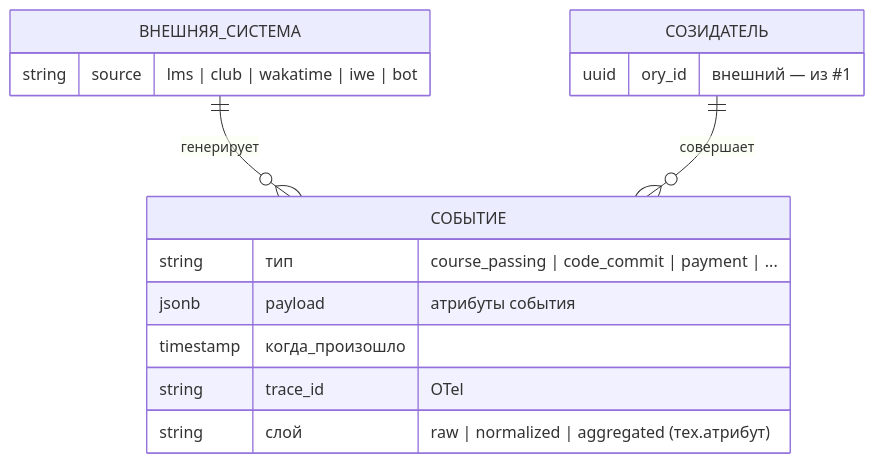
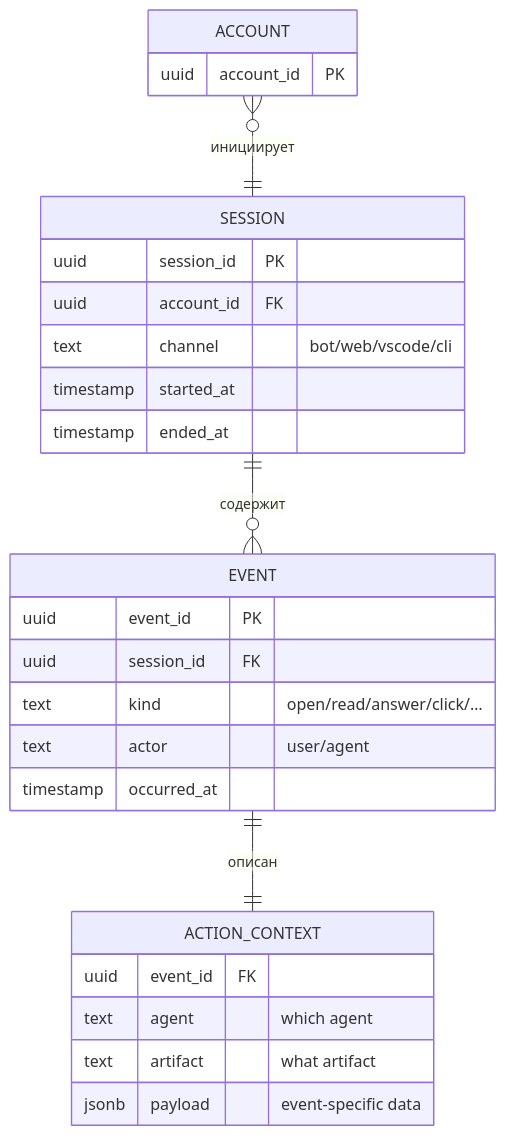
Before and after one commit to TserenTserenov/PACK-digital-platform: the third of 17 diagrams in pack/digital-platform/02-domain-entities/DP.ARCH.004-neon-data-architecture.md, drawn with Mermaid. The commit also changed other lines of this file and 29 other files, not shown here.

````diff
--- a/pack/digital-platform/02-domain-entities/DP.ARCH.004-neon-data-architecture.md
+++ b/pack/digital-platform/02-domain-entities/DP.ARCH.004-neon-data-architecture.md
@@ -440,19 +395,30 @@
 ```mermaid
 erDiagram
-    ВНЕШНЯЯ_СИСТЕМА ||--o{ СОБЫТИЕ : "генерирует"
-    СОЗИДАТЕЛЬ ||--o{ СОБЫТИЕ : "совершает"
+    SESSION ||--o{ EVENT : "содержит"
+    EVENT ||--|| ACTION_CONTEXT : "описан"
+    ACCOUNT }o--|| SESSION : "инициирует"
 
-    ВНЕШНЯЯ_СИСТЕМА {
-        string source "lms | club | wakatime | iwe | bot"
+    SESSION {
+        uuid session_id PK
+        uuid account_id FK
+        text channel "bot/web/vscode/cli"
+        timestamp started_at
+        timestamp ended_at
     }
-    СОБЫТИЕ {
-        string тип "course_passing | code_commit | payment | ..."
-        jsonb payload "атрибуты события"
-        timestamp когда_произошло
-        string trace_id "OTel"
-        string слой "raw | normalized | aggregated (тех.атрибут)"
+    EVENT {
+        uuid event_id PK
+        uuid session_id FK
+        text kind "open/read/answer/click/…"
+        text actor "user/agent"
+        timestamp occurred_at
     }
-    СОЗИДАТЕЛЬ {
-        uuid ory_id "внешний — из #1"
+    ACTION_CONTEXT {
+        uuid event_id FK
+        text agent "which agent"
+        text artifact "what artifact"
+        jsonb payload "event-specific data"
+    }
+    ACCOUNT {
+        uuid account_id PK
     }
 ```
````
